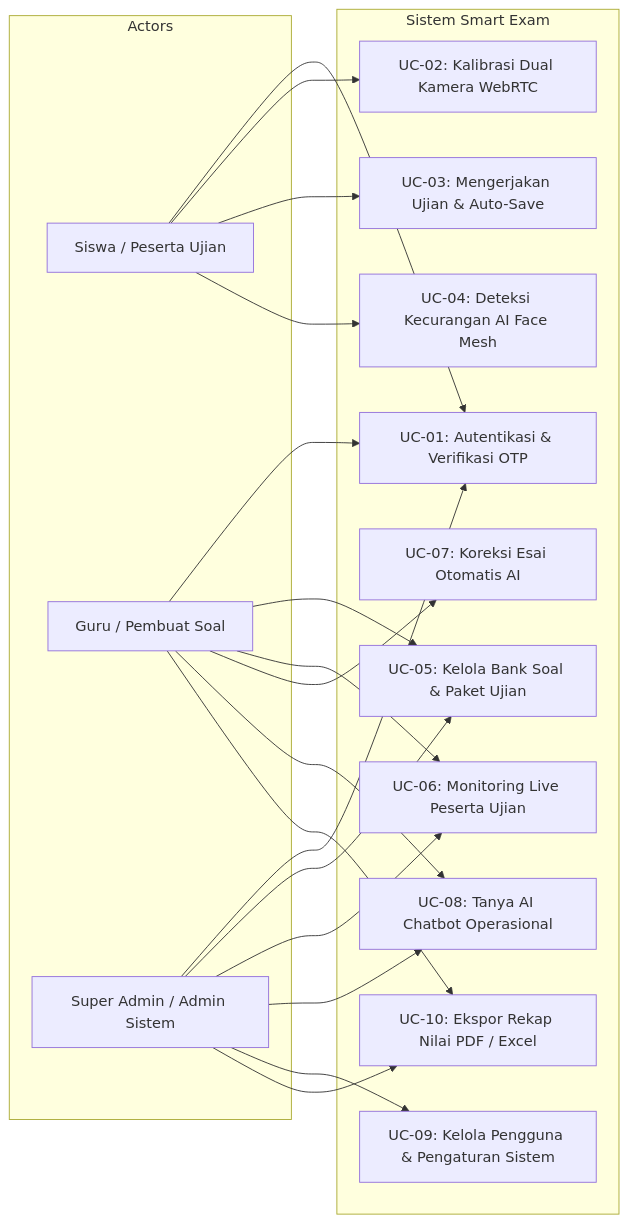
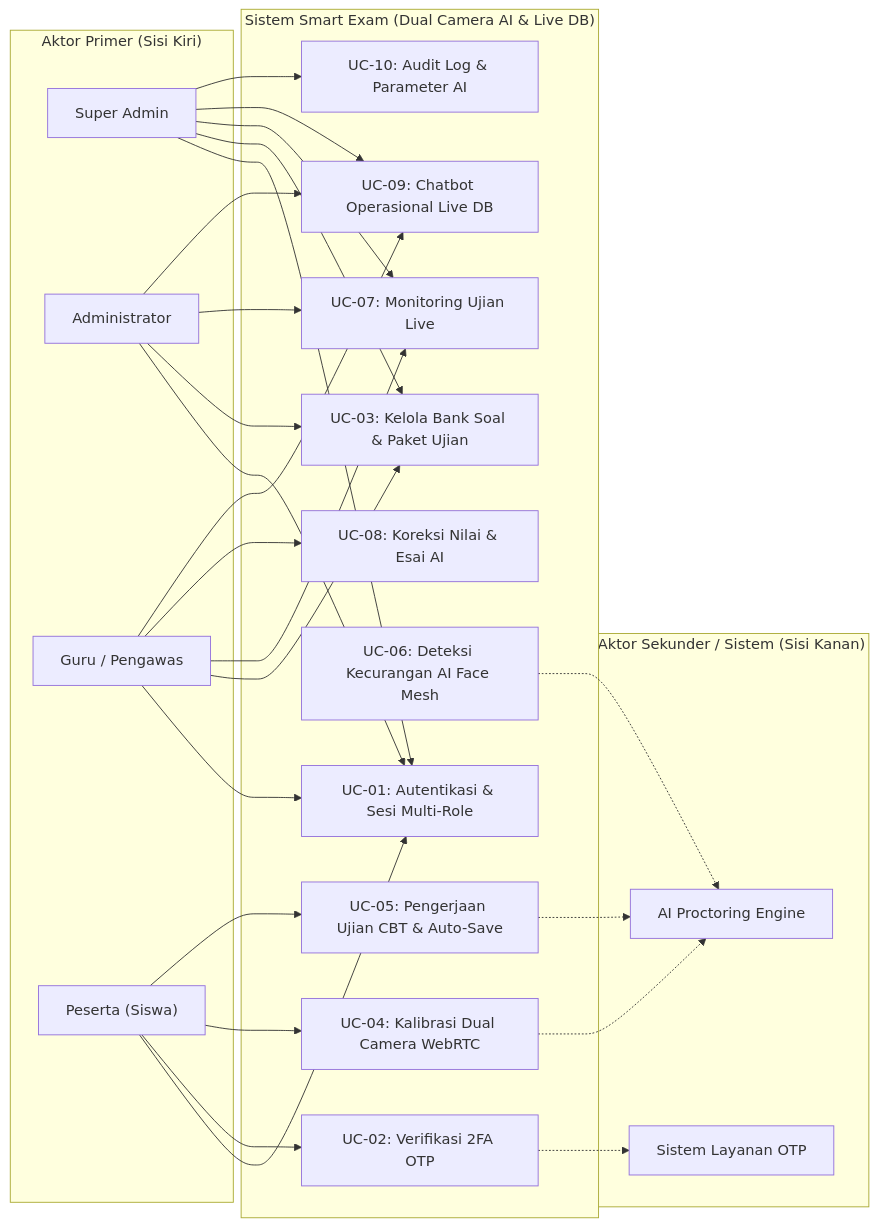
Before and after one commit to sn9942136-del/smart-exam: the second of 7 diagrams in docs/02_SDD_Software_Design_Description.md, drawn with Mermaid. The commit also changed other lines of this file and 14 other files, not shown here.

Commit message:
docs: generate 4 official UML diagrams in high-res PNG (6 actors on use case) and link to SDD

````diff
--- a/docs/02_SDD_Software_Design_Description.md
+++ b/docs/02_SDD_Software_Design_Description.md
@@ -63,40 +65,54 @@
 ```mermaid
 flowchart LR
-    subgraph Actors
-        Siswa["Siswa / Peserta Ujian"]
-        Guru["Guru / Pembuat Soal"]
-        Admin["Super Admin / Admin Sistem"]
+    subgraph AktorPrimer["Aktor Primer (Sisi Kiri)"]
+        SuperAdmin["Super Admin"]
+        Admin["Administrator"]
+        Guru["Guru / Pengawas"]
+        Siswa["Peserta (Siswa)"]
     end
 
-    subgraph "Sistem Smart Exam"
-        UC01["UC-01: Autentikasi & Verifikasi OTP"]
-        UC02["UC-02: Kalibrasi Dual Kamera WebRTC"]
-        UC03["UC-03: Mengerjakan Ujian & Auto-Save"]
-        UC04["UC-04: Deteksi Kecurangan AI Face Mesh"]
-        UC05["UC-05: Kelola Bank Soal & Paket Ujian"]
-        UC06["UC-06: Monitoring Live Peserta Ujian"]
-        UC07["UC-07: Koreksi Esai Otomatis AI"]
-        UC08["UC-08: Tanya AI Chatbot Operasional"]
-        UC09["UC-09: Kelola Pengguna & Pengaturan Sistem"]
-        UC10["UC-10: Ekspor Rekap Nilai PDF / Excel"]
+    subgraph SmartExamBoundary["Sistem Smart Exam (Dual Camera AI & Live DB)"]
+        UC01["UC-01: Autentikasi & Sesi Multi-Role"]
+        UC02["UC-02: Verifikasi 2FA OTP"]
+        UC03["UC-03: Kelola Bank Soal & Paket Ujian"]
+        UC04["UC-04: Kalibrasi Dual Camera WebRTC"]
+        UC05["UC-05: Pengerjaan Ujian CBT & Auto-Save"]
+        UC06["UC-06: Deteksi Kecurangan AI Face Mesh"]
+        UC07["UC-07: Monitoring Ujian Live"]
+        UC08["UC-08: Koreksi Nilai & Esai AI"]
+        UC09["UC-09: Chatbot Operasional Live DB"]
+        UC10["UC-10: Audit Log & Parameter AI"]
     end
+
+    subgraph AktorSekunder["Aktor Sekunder / Sistem (Sisi Kanan)"]
+        AIProctor["AI Proctoring Engine"]
+        OTPGateway["Sistem Layanan OTP"]
+    end
+
+    SuperAdmin --> UC01
+    SuperAdmin --> UC03
+    SuperAdmin --> UC07
+    SuperAdmin --> UC09
+    SuperAdmin --> UC10
+
+    Admin --> UC01
+    Admin --> UC03
+    Admin --> UC07
+    Admin --> UC09
+
+    Guru --> UC01
+    Guru --> UC03
+    Guru --> UC07
+    Guru --> UC08
+    Guru --> UC09
 
     Siswa --> UC01
     Siswa --> UC02
-    Siswa --> UC03
     Siswa --> UC04
+    Siswa --> UC05
 
-    Guru --> UC01
-    Guru --> UC05
-    Guru --> UC06
-    Guru --> UC07
-    Guru --> UC08
-    Guru --> UC10
-
-    Admin --> UC01
-    Admin --> UC05
-    Admin --> UC06
-    Admin --> UC08
-    Admin --> UC09
-    Admin --> UC10
+    UC02 -.-> OTPGateway
+    UC04 -.-> AIProctor
+    UC05 -.-> AIProctor
+    UC06 -.-> AIProctor
 ```
````
